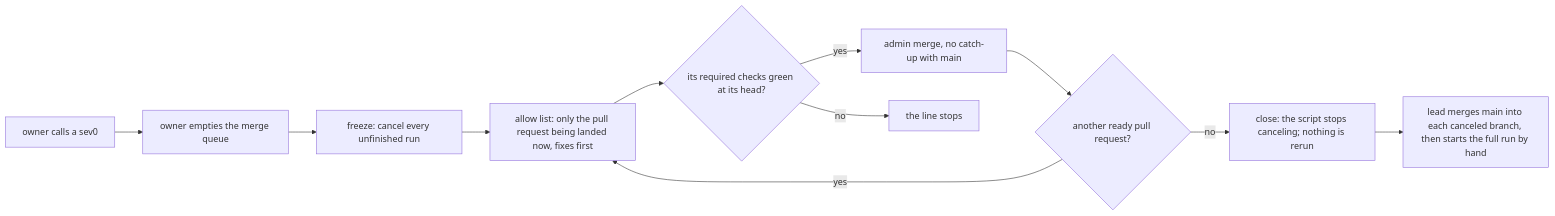
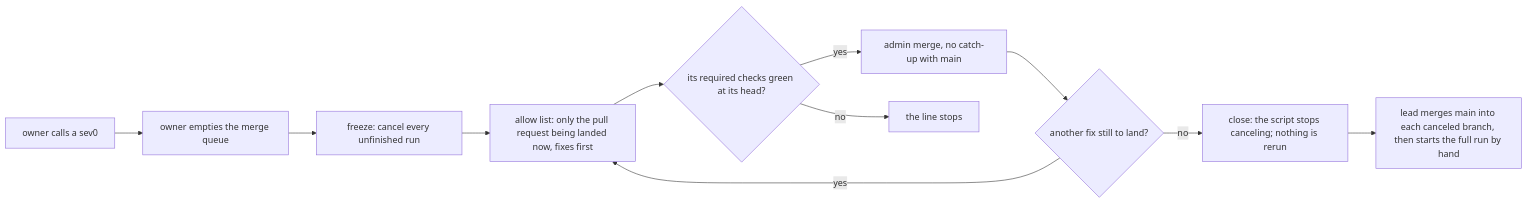
Before and after one commit to kamp-us/tea-fabrika: the diagram in .decisions/0532-a-sev0-freezes-ci.md, drawn with Mermaid. The commit also changed other lines of this file and 14 other files, not shown here.

````diff
--- a/.decisions/0532-a-sev0-freezes-ci.md
+++ b/.decisions/0532-a-sev0-freezes-ci.md
@@ -15,13 +15,13 @@
 ```mermaid
 flowchart LR
   owner["owner calls a sev0"] --> empty["owner empties the merge queue"]
   empty --> freeze["freeze: cancel every unfinished run"]
   freeze --> next["allow list: only the pull request being landed now, fixes first"]
   next --> green{"its required checks green at its head?"}
   green -->|"yes"| admin["admin merge, no catch-up with main"]
-  admin --> more{"another ready pull request?"}
+  admin --> more{"another fix still to land?"}
   more -->|"yes"| next
   more -->|"no"| close["close: the script stops canceling; nothing is rerun"]
   close --> catch["lead merges main into each canceled branch, then starts the full run by hand"]
   green -->|"no"| stop["the line stops"]
 ```
````
